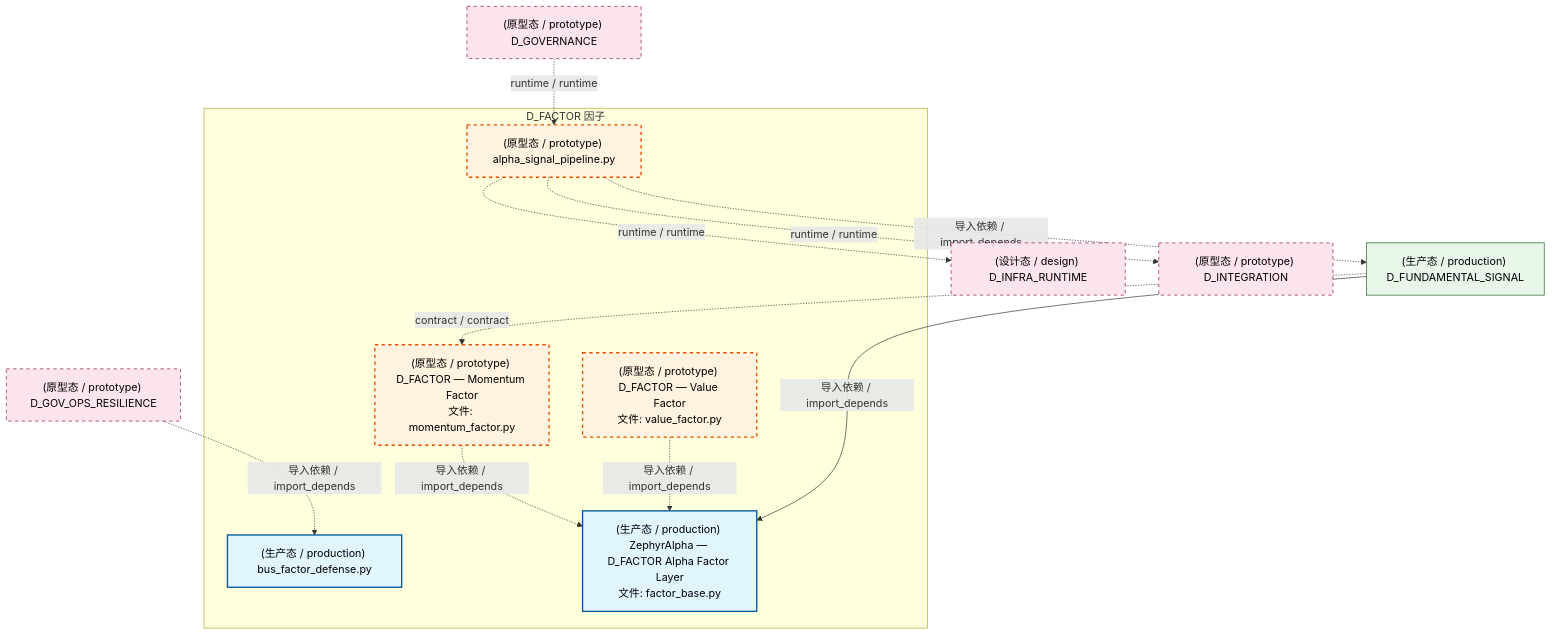
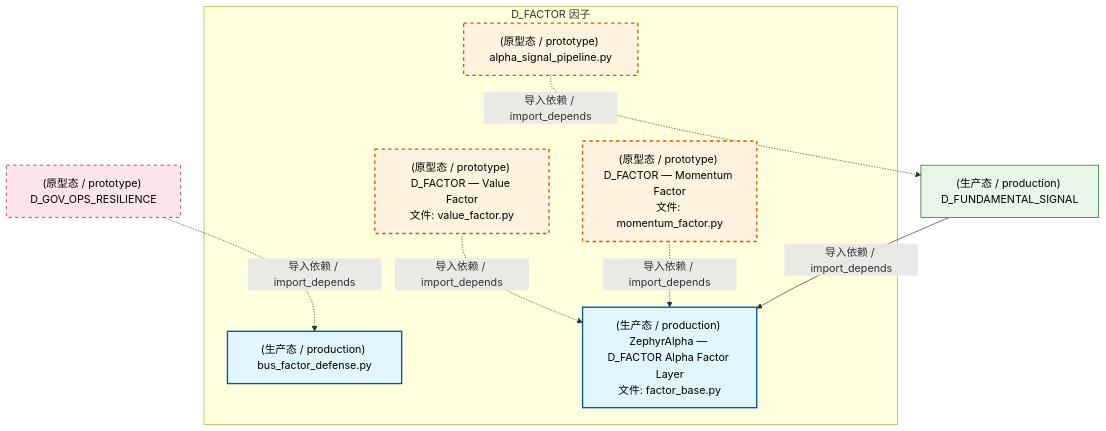
Before and after one commit to xuanFelixVan/ZephyrAlpha: the first of 4 diagrams in docs/02_enterprise_architecture/02_domain_architecture_docs/36_d_factor.md, drawn with Mermaid. The commit also changed other lines of this file and 97 other files, not shown here.

````diff
--- a/docs/02_enterprise_architecture/02_domain_architecture_docs/36_d_factor.md
+++ b/docs/02_enterprise_architecture/02_domain_architecture_docs/36_d_factor.md
@@ -72,32 +72,25 @@
 ```mermaid
 graph TD
     subgraph D_FACTOR["D_FACTOR 因子"]
         src_zephyr_factor_alpha_signal_pipeline_py["(原型态 / prototype) alpha_signal_pipeline.py"]
         src_zephyr_factor_bus_factor_defense_py["(生产态 / production) bus_factor_defense.py"]
         src_zephyr_factor_factor_base_py["(生产态 / production) ZephyrAlpha — D_FACTOR Alpha Factor Layer<br/>文件: factor_base.py"]
         src_zephyr_factor_momentum_factor_py["(原型态 / prototype) D_FACTOR — Momentum Factor<br/>文件: momentum_factor.py"]
         src_zephyr_factor_value_factor_py["(原型态 / prototype) D_FACTOR — Value Factor<br/>文件: value_factor.py"]
     end
+    src_zephyr_factor_value_factor_py -.->|导入依赖 / import_depends| src_zephyr_factor_factor_base_py
     src_zephyr_factor_momentum_factor_py -.->|导入依赖 / import_depends| src_zephyr_factor_factor_base_py
-    src_zephyr_factor_value_factor_py -.->|导入依赖 / import_depends| src_zephyr_factor_factor_base_py
     D_FUNDAMENTAL_SIGNAL["(生产态 / production) D_FUNDAMENTAL_SIGNAL"]
     src_zephyr_factor_alpha_signal_pipeline_py -.->|导入依赖 / import_depends| D_FUNDAMENTAL_SIGNAL
-    D_INFRA_RUNTIME["(设计态 / design) D_INFRA_RUNTIME"]
-    src_zephyr_factor_alpha_signal_pipeline_py -.->|runtime / runtime| D_INFRA_RUNTIME
-    D_INTEGRATION["(原型态 / prototype) D_INTEGRATION"]
-    src_zephyr_factor_alpha_signal_pipeline_py -.->|runtime / runtime| D_INTEGRATION
-    D_GOVERNANCE["(原型态 / prototype) D_GOVERNANCE"]
-    D_GOVERNANCE -.->|runtime / runtime| src_zephyr_factor_alpha_signal_pipeline_py
-    D_FUNDAMENTAL_SIGNAL -.->|contract / contract| src_zephyr_factor_momentum_factor_py
     D_FUNDAMENTAL_SIGNAL -->|导入依赖 / import_depends| src_zephyr_factor_factor_base_py
     D_GOV_OPS_RESILIENCE["(原型态 / prototype) D_GOV_OPS_RESILIENCE"]
     D_GOV_OPS_RESILIENCE -.->|导入依赖 / import_depends| src_zephyr_factor_bus_factor_defense_py
     classDef production fill:#e1f5fe,stroke:#01579b,stroke-width:2px,color:#000
     classDef design fill:#fff3e0,stroke:#e65100,stroke-width:2px,color:#000,stroke-dasharray: 5 5
     classDef external_prod fill:#e8f5e9,stroke:#1b5e20,stroke-width:1px,color:#000
     classDef external_design fill:#fce4ec,stroke:#880e4f,stroke-width:1px,color:#000,stroke-dasharray: 5 5
     class src_zephyr_factor_bus_factor_defense_py,src_zephyr_factor_factor_base_py production
     class src_zephyr_factor_alpha_signal_pipeline_py,src_zephyr_factor_momentum_factor_py,src_zephyr_factor_value_factor_py design
     class D_FUNDAMENTAL_SIGNAL external_prod
-    class D_INFRA_RUNTIME,D_INTEGRATION,D_GOVERNANCE,D_GOV_OPS_RESILIENCE external_design
+    class D_GOV_OPS_RESILIENCE external_design
 ```
````
